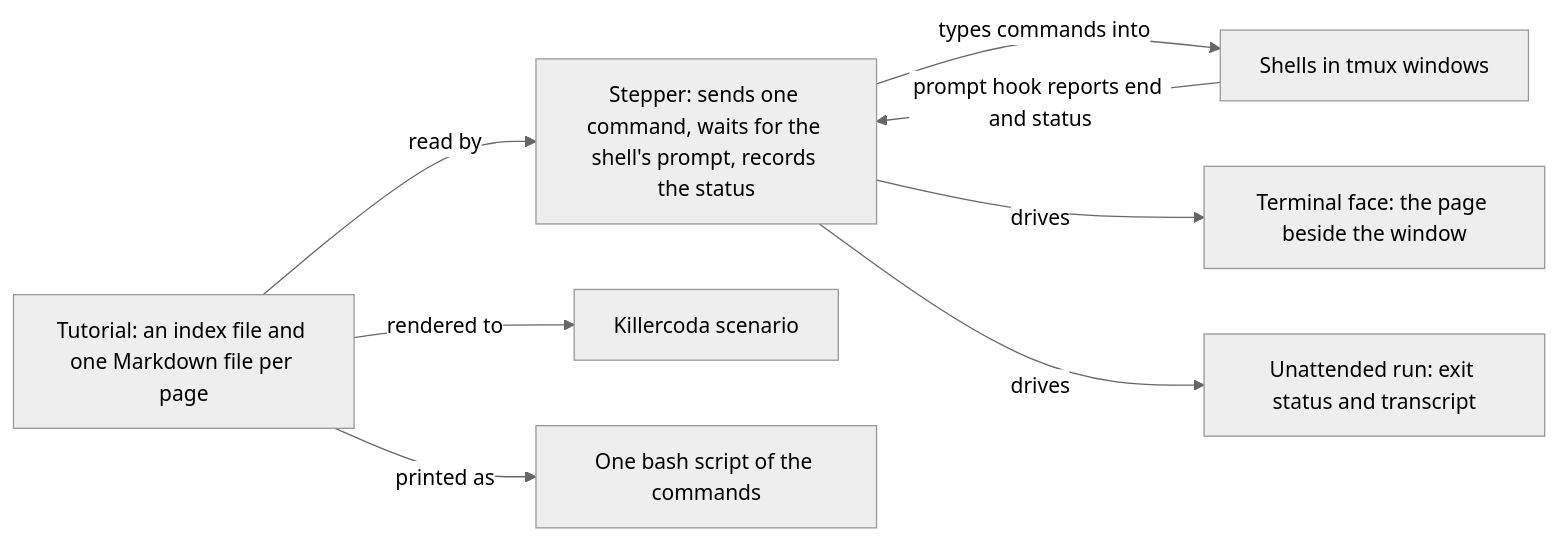
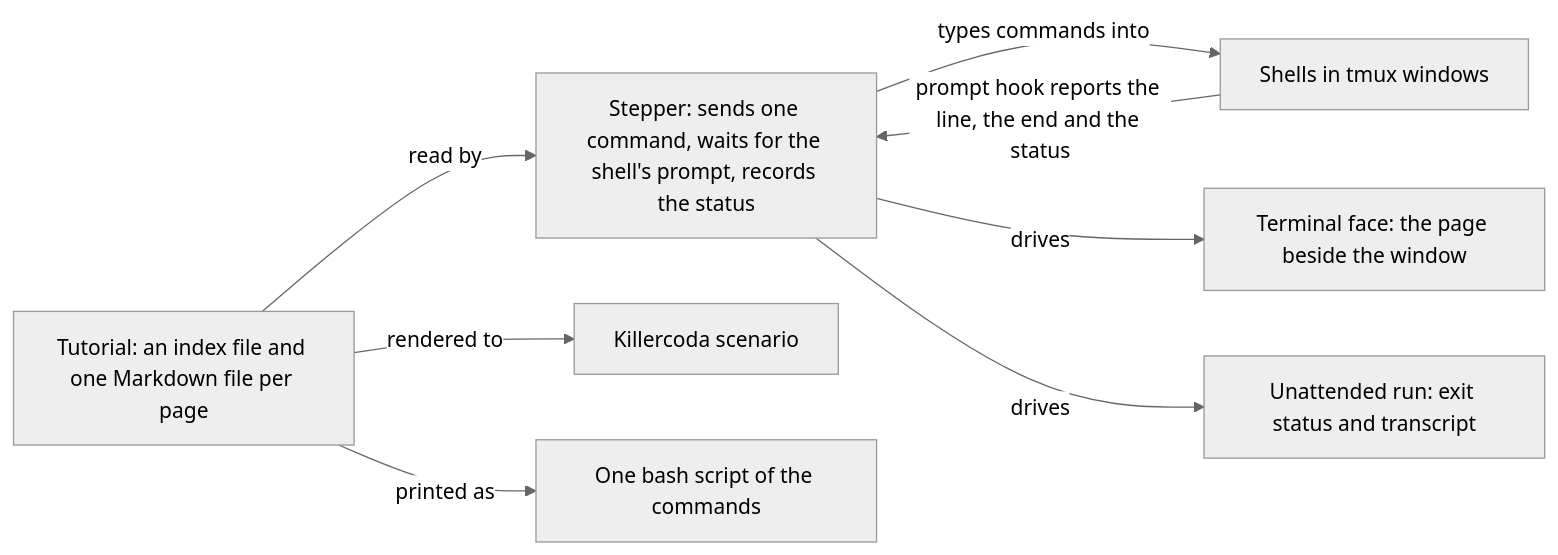
One commit to lambdasistemi/tutorial-stepper changed the diagram in README.md. Above: the diagram before and after it, drawn with Mermaid (neutral theme). The commit also changed 9 other files, not shown here.

````diff
--- a/README.md
+++ b/README.md
@@ -25,17 +25,17 @@
 ```mermaid
 flowchart LR
   source["Tutorial: an index file and one Markdown file per page"]
   stepper["Stepper: sends one command, waits for the shell's prompt, records the status"]
   shells["Shells in tmux windows"]
   page["Terminal face: the page beside the window"]
   ci["Unattended run: exit status and transcript"]
   killercoda["Killercoda scenario"]
   printed["One bash script of the commands"]
   source -->|"read by"| stepper
   stepper -->|"types commands into"| shells
-  shells -->|"prompt hook reports end and status"| stepper
+  shells -->|"prompt hook reports the line, the end and the status"| stepper
   stepper -->|"drives"| page
   stepper -->|"drives"| ci
   source -->|"rendered to"| killercoda
   source -->|"printed as"| printed
 ```
````
